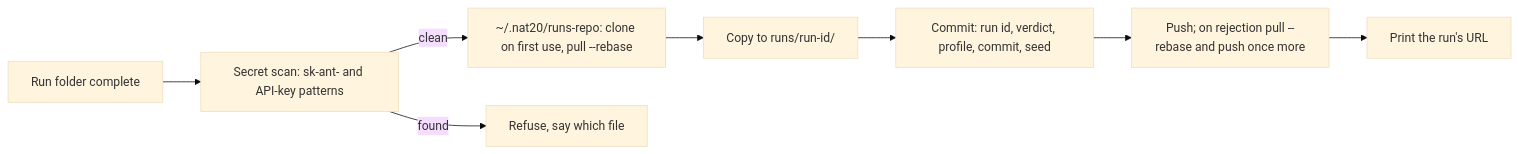
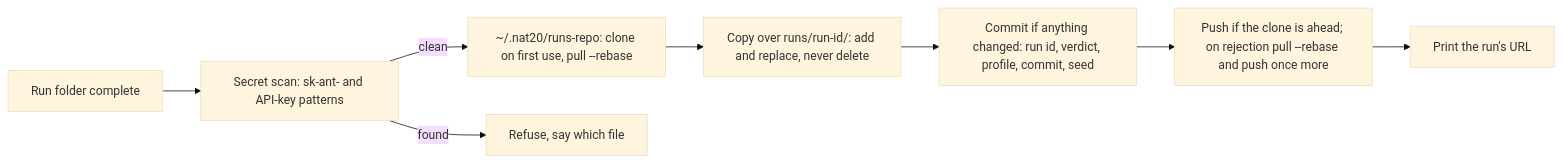
Before and after one commit to StGerman/nat20-table: the third of 3 diagrams in docs/design/demo-acceptance-system.md, drawn with Mermaid (base theme). The commit also changed other lines of this file and 1 other file, not shown here.

````diff
--- a/docs/design/demo-acceptance-system.md
+++ b/docs/design/demo-acceptance-system.md
@@ -295,10 +297,10 @@
 ```mermaid
 flowchart LR
   Done["Run folder complete"] --> Scan["Secret scan: sk-ant- and API-key patterns"]
   Scan -- clean --> Clone["~/.nat20/runs-repo: clone on first use, pull --rebase"]
   Scan -- found --> Stop["Refuse, say which file"]
-  Clone --> Copy["Copy to runs/run-id/"]
-  Copy --> Commit["Commit: run id, verdict, profile, commit, seed"]
-  Commit --> Push["Push; on rejection pull --rebase and push once more"]
+  Clone --> Copy["Copy over runs/run-id/: add and replace, never delete"]
+  Copy --> Commit["Commit if anything changed: run id, verdict, profile, commit, seed"]
+  Commit --> Push["Push if the clone is ahead; on rejection pull --rebase and push once more"]
   Push --> Line["Print the run's URL"]
 ```
````
